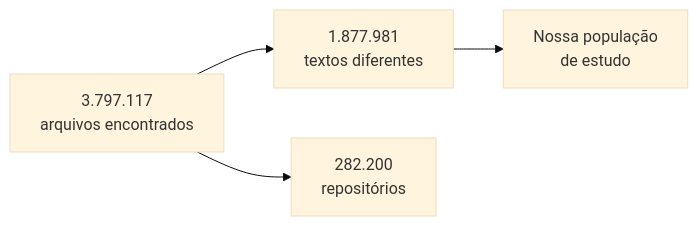
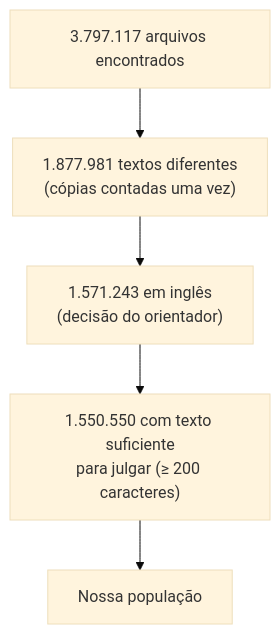
One commit to havillonf/security_skills_analysis changed the first of 3 diagrams in notes/Resumo do Trabalho.md. Above: the diagram before and after it, drawn with Mermaid (base theme). The commit also changed other lines of this file and 20 other files, not shown here.

````diff
--- a/notes/Resumo do Trabalho.md
+++ b/notes/Resumo do Trabalho.md
@@ -57,6 +57,7 @@
 ```mermaid
-graph LR
-    A["3.797.117<br/>arquivos encontrados"] --> B["1.877.981<br/>textos diferentes"]
-    A --> C["282.200<br/>repositórios"]
-    B --> D["Nossa população<br/>de estudo"]
+graph TD
+    A["3.797.117 arquivos encontrados"] --> B["1.877.981 textos diferentes<br/>(cópias contadas uma vez)"]
+    B --> C["1.571.243 em inglês<br/>(decisão do orientador)"]
+    C --> D["1.550.550 com texto suficiente<br/>para julgar (≥ 200 caracteres)"]
+    D --> E["Nossa população"]
 ```
````
